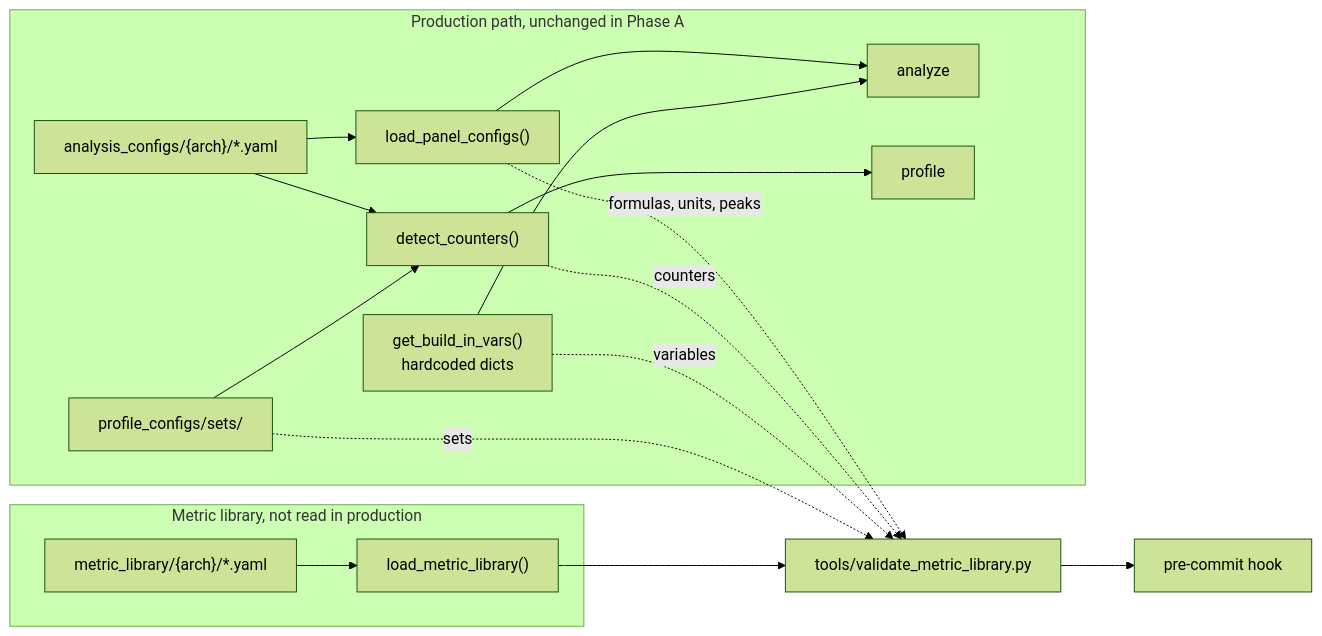
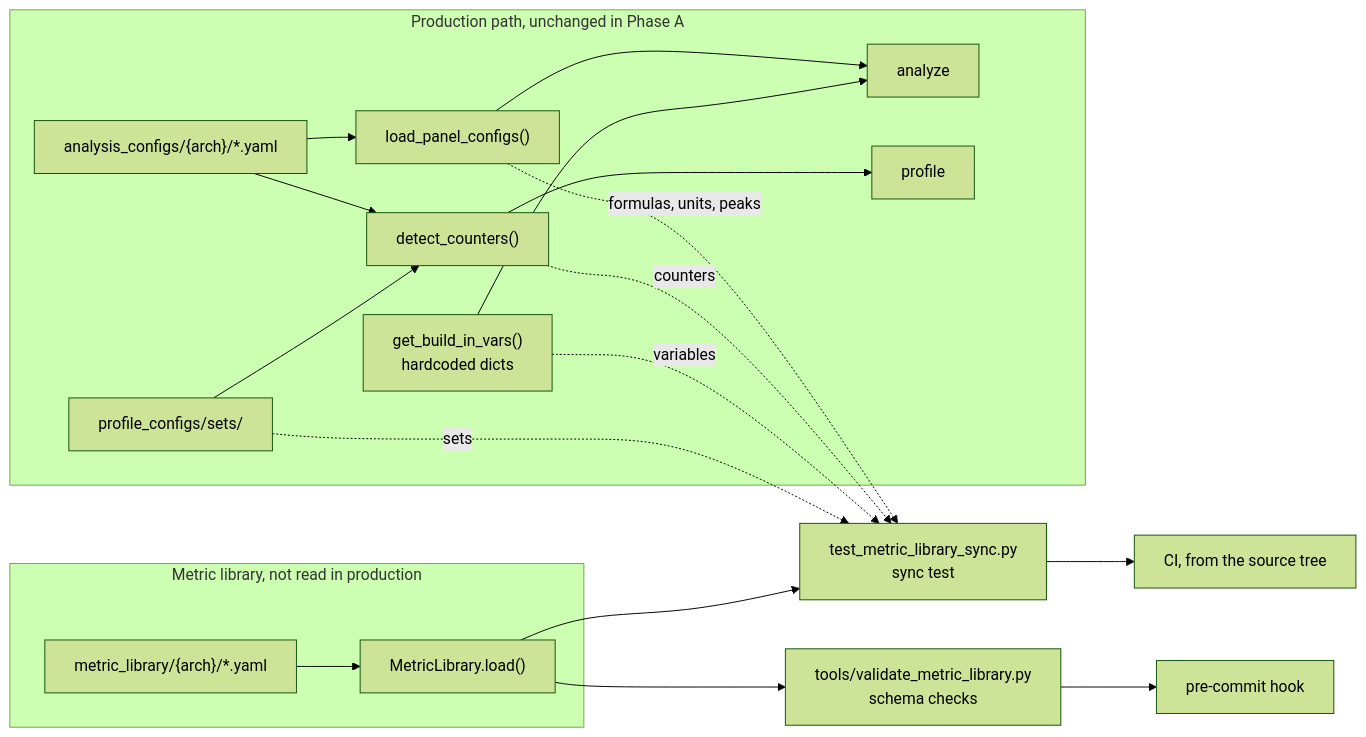
The first of 2 diagrams in projects/rocprofiler-compute/docs/design/analysis-config-redesign/lld-phase-a-metric-library.md (ROCm/rocm-systems), drawn with Mermaid (forest theme) before and after one commit. The commit also changed other lines of this file and 3 other files, not shown here.

First line of the commit message:
docs(rocprofiler-compute): Describe plain-YAML inheritance and the sync test

````diff
--- a/projects/rocprofiler-compute/docs/design/analysis-config-redesign/lld-phase-a-metric-library.md
+++ b/projects/rocprofiler-compute/docs/design/analysis-config-redesign/lld-phase-a-metric-library.md
@@ -352,29 +326,32 @@
 ```mermaid
 flowchart LR
     subgraph prod["Production path, unchanged in Phase A"]
         PY["analysis_configs/{arch}/*.yaml"]
         SETS["profile_configs/sets/"]
         LPC["load_panel_configs()"]
         DC["detect_counters()"]
         GBV["get_build_in_vars()<br/>hardcoded dicts"]
         AN["analyze"]
         PR["profile"]
         PY --> LPC --> AN
         PY --> DC --> PR
         SETS --> DC
         GBV --> AN
     end
     subgraph lib["Metric library, not read in production"]
         ML["metric_library/{arch}/*.yaml"]
-        LML["load_metric_library()"]
+        LML["MetricLibrary.load()"]
         ML --> LML
     end
-    VAL["tools/validate_metric_library.py"]
+    VAL["tools/validate_metric_library.py<br/>schema checks"]
     HOOK["pre-commit hook"]
-    LML --> VAL
-    LPC -.->|"formulas, units, peaks"| VAL
-    DC -.->|counters| VAL
-    GBV -.->|variables| VAL
-    SETS -.->|sets| VAL
-    VAL --> HOOK
+    SYNC["test_metric_library_sync.py<br/>sync test"]
+    CI["CI, from the source tree"]
+    LML --> VAL --> HOOK
+    LML --> SYNC
+    LPC -.->|"formulas, units, peaks"| SYNC
+    DC -.->|counters| SYNC
+    GBV -.->|variables| SYNC
+    SETS -.->|sets| SYNC
+    SYNC --> CI
 ```
````
